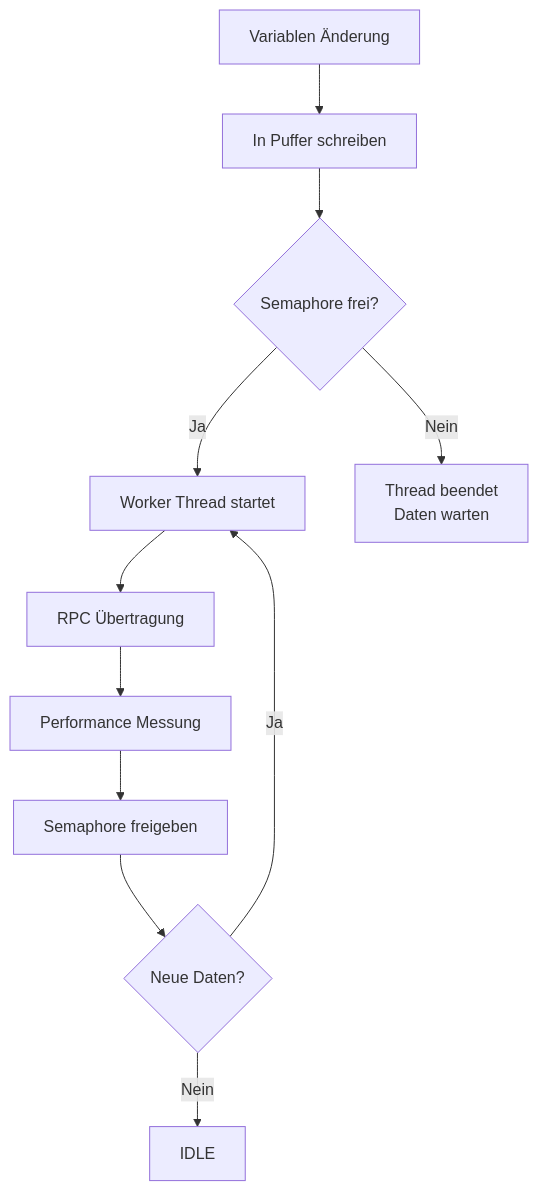
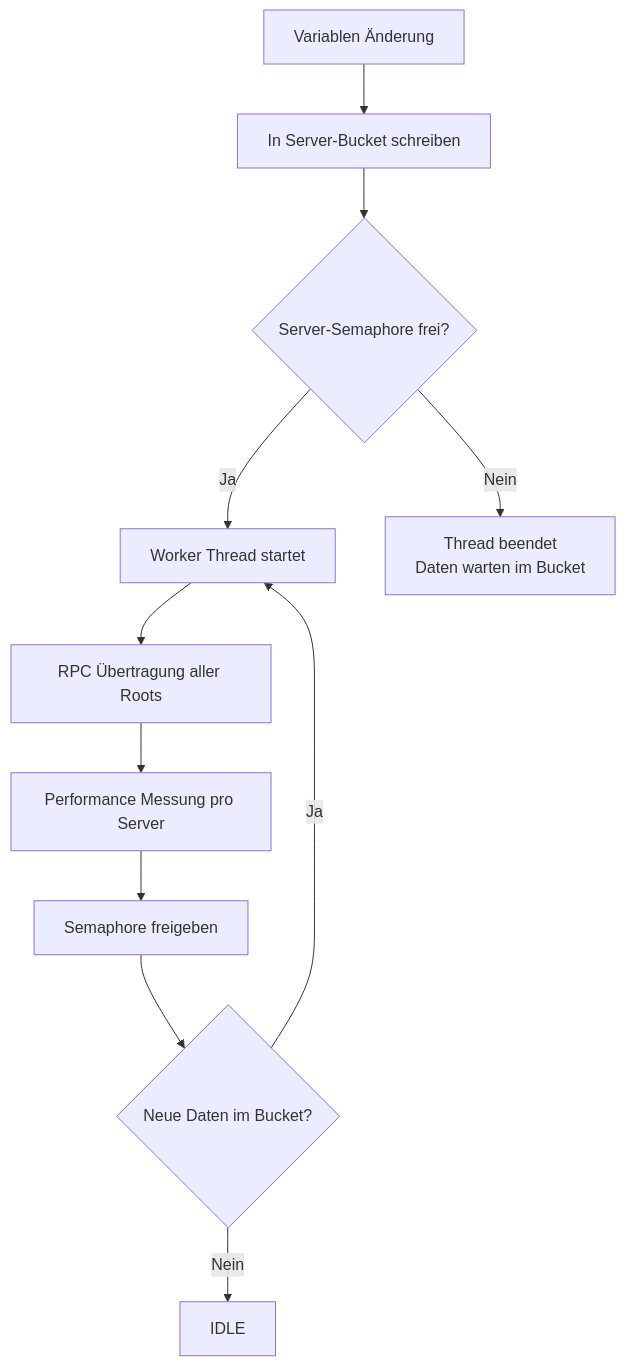
The second of 4 diagrams in README.md (fisart/Symcon-RemoteMirror), drawn with Mermaid before and after one commit. The commit also changed other lines of this file and 1 other file, not shown here.

````diff
--- a/README.md
+++ b/README.md
@@ -42,13 +53,13 @@
 ```mermaid
 graph TD
-    Start[Variablen Änderung] --> Add[In Puffer schreiben]
-    Add --> Lock{Semaphore frei?}
+    Start[Variablen Änderung] --> Add[In Server-Bucket schreiben]
+    Add --> Lock{Server-Semaphore frei?}
     Lock -->|Ja| Worker[Worker Thread startet]
-    Lock -->|Nein| Exit[Thread beendet<br/>Daten warten]
-    Worker --> RPC[RPC Übertragung]
-    RPC --> Stats[Performance Messung]
+    Lock -->|Nein| Exit[Thread beendet<br/>Daten warten im Bucket]
+    Worker --> RPC[RPC Übertragung aller Roots]
+    RPC --> Stats[Performance Messung pro Server]
     Stats --> Unlock[Semaphore freigeben]
-    Unlock --> Recheck{Neue Daten?}
+    Unlock --> Recheck{Neue Daten im Bucket?}
     Recheck -->|Ja| Worker
     Recheck -->|Nein| IDLE
 ```
````
